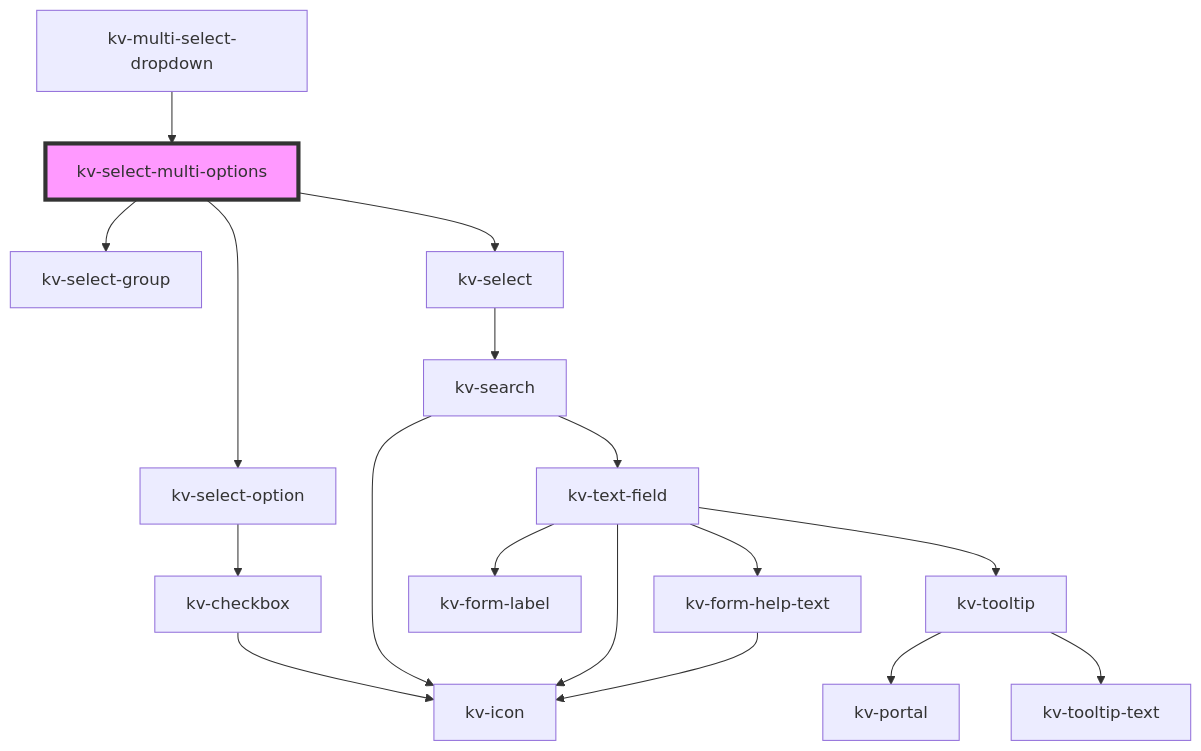
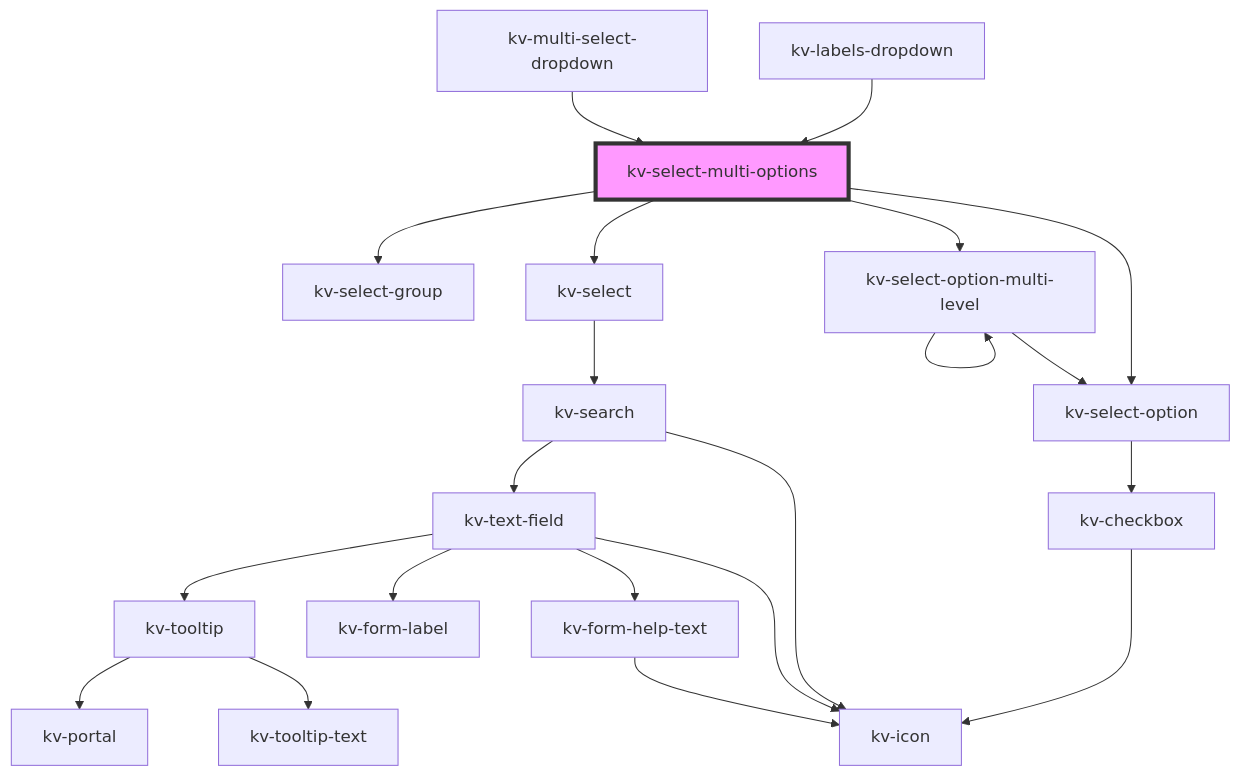
Before and after one commit to kelvininc/ui-components: the diagram in packages/ui-components/src/components/select-multi-options/readme.md, drawn with Mermaid. The commit also changed other lines of this file and 43 other files, not shown here.

First line of the commit message:
feat(labels-dropdown)!: add component

````diff
--- a/packages/ui-components/src/components/select-multi-options/readme.md
+++ b/packages/ui-components/src/components/select-multi-options/readme.md
@@ -53,20 +55,24 @@
 ```mermaid
 graph TD;
   kv-select-multi-options --> kv-select-group
+  kv-select-multi-options --> kv-select-option-multi-level
+  kv-select-multi-options --> kv-select
   kv-select-multi-options --> kv-select-option
-  kv-select-multi-options --> kv-select
+  kv-select-option-multi-level --> kv-select-option
+  kv-select-option-multi-level --> kv-select-option-multi-level
   kv-select-option --> kv-checkbox
   kv-checkbox --> kv-icon
   kv-select --> kv-search
   kv-search --> kv-text-field
   kv-search --> kv-icon
   kv-text-field --> kv-tooltip
   kv-text-field --> kv-form-label
   kv-text-field --> kv-icon
   kv-text-field --> kv-form-help-text
   kv-tooltip --> kv-portal
   kv-tooltip --> kv-tooltip-text
   kv-form-help-text --> kv-icon
+  kv-labels-dropdown --> kv-select-multi-options
   kv-multi-select-dropdown --> kv-select-multi-options
   style kv-select-multi-options fill:#f9f,stroke:#333,stroke-width:4px
 ```
````
